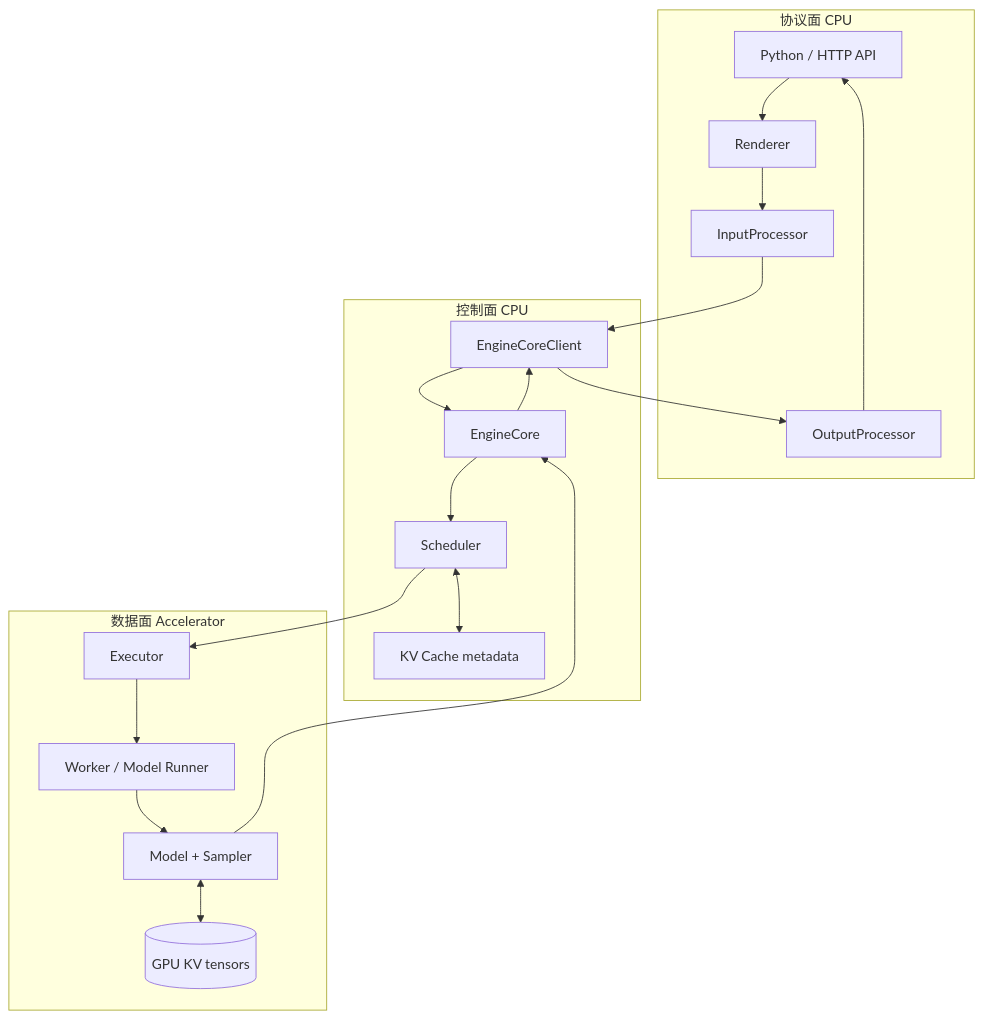
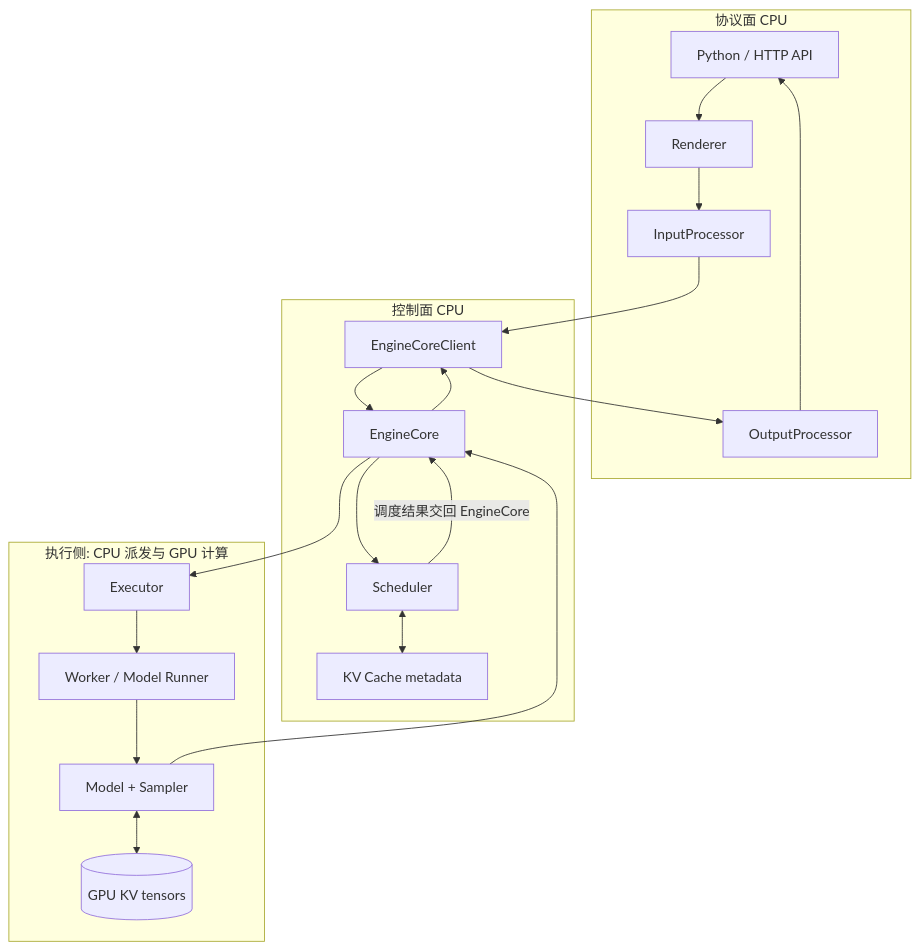
The second of 16 diagrams in book/02-vllm-architecture/README.md (cluster1900/vllm_reader), drawn with Mermaid before and after one commit. The commit also changed other lines of this file and 38 other files, not shown here.

````diff
--- a/book/02-vllm-architecture/README.md
+++ b/book/02-vllm-architecture/README.md
@@ -154,27 +163,28 @@
 ```mermaid
 flowchart TB
     subgraph P[协议面 CPU]
         API[Python / HTTP API]
         R[Renderer]
         IP[InputProcessor]
         OP[OutputProcessor]
     end
     subgraph C[控制面 CPU]
         CL[EngineCoreClient]
         EC[EngineCore]
         S[Scheduler]
         KVM[KV Cache metadata]
     end
-    subgraph D[数据面 Accelerator]
+    subgraph D[执行侧: CPU 派发与 GPU 计算]
         EX[Executor]
         W[Worker / Model Runner]
         M[Model + Sampler]
         KV[(GPU KV tensors)]
     end
     API --> R --> IP --> CL --> EC
     EC --> S
     S <--> KVM
-    S --> EX --> W --> M
+    S -->|调度结果交回 EngineCore| EC
+    EC --> EX --> W --> M
     M <--> KV
     M --> EC --> CL --> OP --> API
 ```
````
